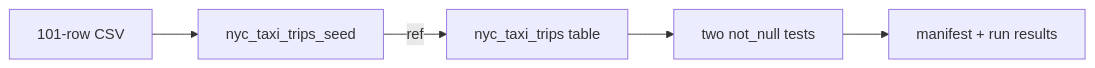
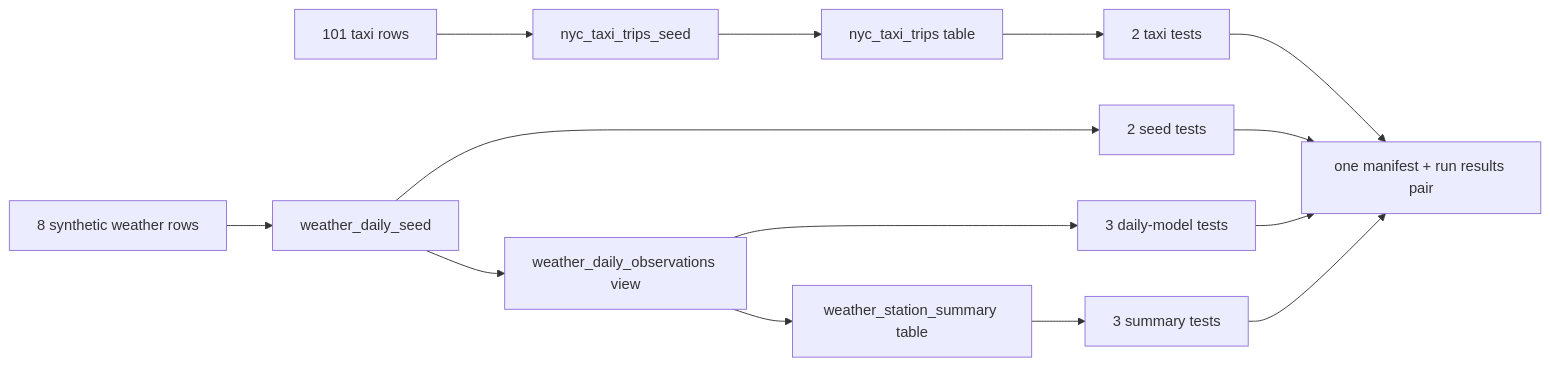
The diagram in docs/tutorials/explore-the-project.md (MiguelElGallo/bricks-cli), drawn with Mermaid before and after one commit. The commit also changed other lines of this file and 24 other files, not shown here.

Commit message:
Add a tested weather dbt graph (#8)

````diff
--- a/docs/tutorials/explore-the-project.md
+++ b/docs/tutorials/explore-the-project.md
@@ -114,7 +137,18 @@
 ```mermaid
 flowchart LR
-    csv["101-row CSV"] --> seed["nyc_taxi_trips_seed"]
-    seed -->|ref| model["nyc_taxi_trips table"]
-    model --> tests["two not_null tests"]
-    tests --> artifacts["manifest + run results"]
+    taxi_csv["101 taxi rows"] --> taxi_seed["nyc_taxi_trips_seed"]
+    taxi_seed --> taxi_model["nyc_taxi_trips table"]
+    taxi_model --> taxi_tests["2 taxi tests"]
+
+    weather_csv["8 synthetic weather rows"] --> weather_seed["weather_daily_seed"]
+    weather_seed --> seed_tests["2 seed tests"]
+    weather_seed --> daily["weather_daily_observations view"]
+    daily --> daily_tests["3 daily-model tests"]
+    daily --> summary["weather_station_summary table"]
+    summary --> summary_tests["3 summary tests"]
+
+    taxi_tests --> artifacts["one manifest + run results pair"]
+    seed_tests --> artifacts
+    daily_tests --> artifacts
+    summary_tests --> artifacts
 ```
````
